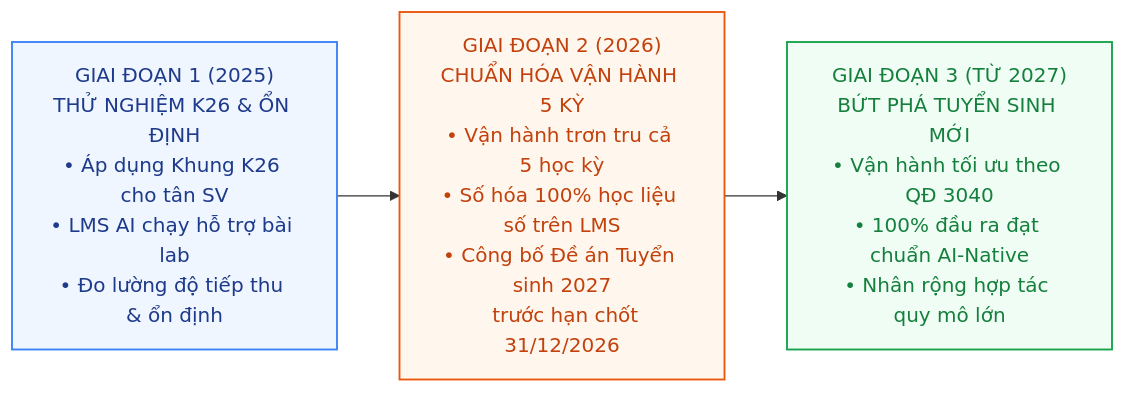
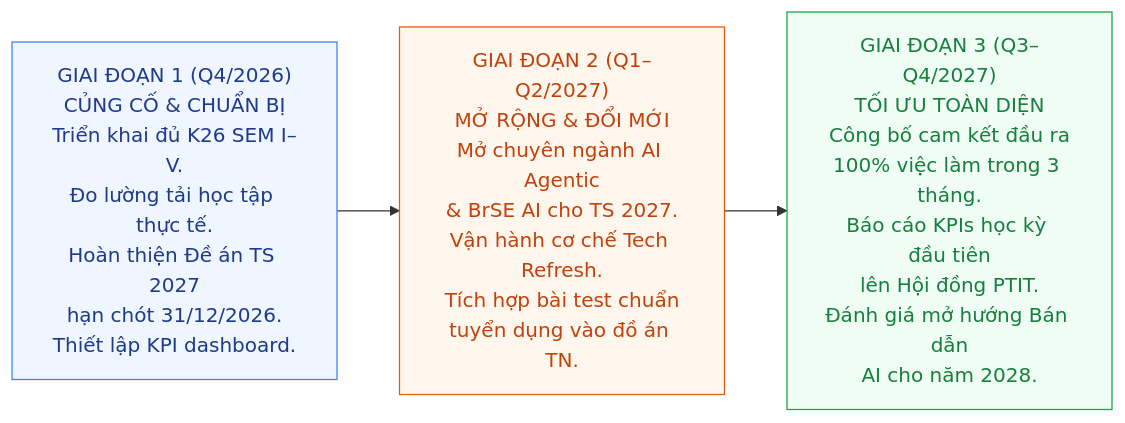
One commit to hunghx/B-o-c-o-k-ho-ch-tri-n-khai-o-t-o-PTIT-2026-2027 changed the third of 3 diagrams in ke_hoach_cai_tien_cntt_re_ptit_chuan_2027.md. Above: the diagram before and after it, drawn with Mermaid. The commit also changed other lines of this file, not shown here.

````diff
--- a/ke_hoach_cai_tien_cntt_re_ptit_chuan_2027.md
+++ b/ke_hoach_cai_tien_cntt_re_ptit_chuan_2027.md
@@ -286,9 +171,28 @@
 ```mermaid
 flowchart LR
-    Phase1["GIAI ĐOẠN 1 (2025)\nTHỬ NGHIỆM K26 & ỔN ĐỊNH\n• Áp dụng Khung K26 cho tân SV\n• LMS AI chạy hỗ trợ bài lab\n• Đo lường độ tiếp thu & ổn định"] --> Phase2["GIAI ĐOẠN 2 (2026)\nCHUẨN HÓA VẬN HÀNH 5 KỲ\n• Vận hành trơn tru cả 5 học kỳ\n• Số hóa 100% học liệu số trên LMS\n• Công bố Đề án Tuyển sinh 2027\n  trước hạn chốt 31/12/2026"]
-    Phase2 --> Phase3["GIAI ĐOẠN 3 (TỪ 2027)\nBỨT PHÁ TUYỂN SINH MỚI\n• Vận hành tối ưu theo QĐ 3040\n• 100% đầu ra đạt chuẩn AI-Native\n• Nhân rộng hợp tác quy mô lớn"]
+    Phase1["GIAI ĐOẠN 1 (Q4/2026)
+CỦNG CỐ & CHUẨN BỊ
+Triển khai đủ K26 SEM I–V.
+Đo lường tải học tập thực tế.
+Hoàn thiện Đề án TS 2027
+hạn chót 31/12/2026.
+Thiết lập KPI dashboard."] --> Phase2["GIAI ĐOẠN 2 (Q1–Q2/2027)
+MỞ RỘNG & ĐỔI MỚI
+Mở chuyên ngành AI Agentic
+& BrSE AI cho TS 2027.
+Vận hành cơ chế Tech Refresh.
+Tích hợp bài test chuẩn
+tuyển dụng vào đồ án TN."]
+    Phase2 --> Phase3["GIAI ĐOẠN 3 (Q3–Q4/2027)
+TỐI ƯU TOÀN DIỆN
+Công bố cam kết đầu ra
+100% việc làm trong 3 tháng.
+Báo cáo KPIs học kỳ đầu tiên
+lên Hội đồng PTIT.
+Đánh giá mở hướng Bán dẫn
+AI cho năm 2028."]
 
-    style Phase1 fill:#eff6ff,stroke:#3b82f6,color:#1e3a8a,stroke-width:1.5px
-    style Phase2 fill:#fff7ed,stroke:#ea580c,color:#c2410c,stroke-width:1.5px
-    style Phase3 fill:#f0fdf4,stroke:#16a34a,color:#15803d,stroke-width:1.5px
+    style Phase1 fill:#eff6ff,stroke:#3b82f6,color:#1e3a8a
+    style Phase2 fill:#fff7ed,stroke:#ea580c,color:#c2410c
+    style Phase3 fill:#f0fdf4,stroke:#16a34a,color:#15803d
 ```
````
